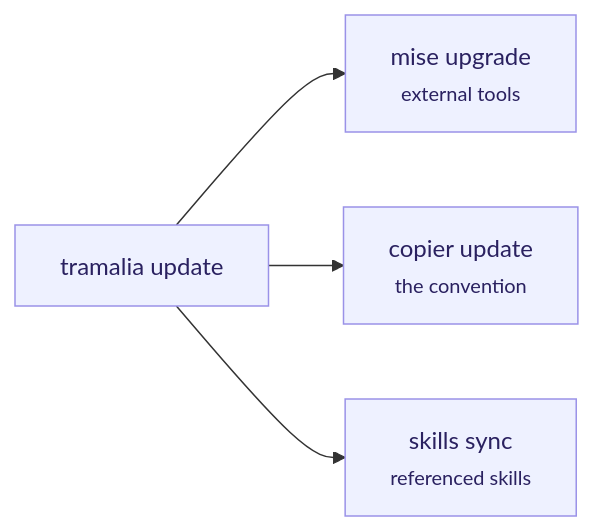
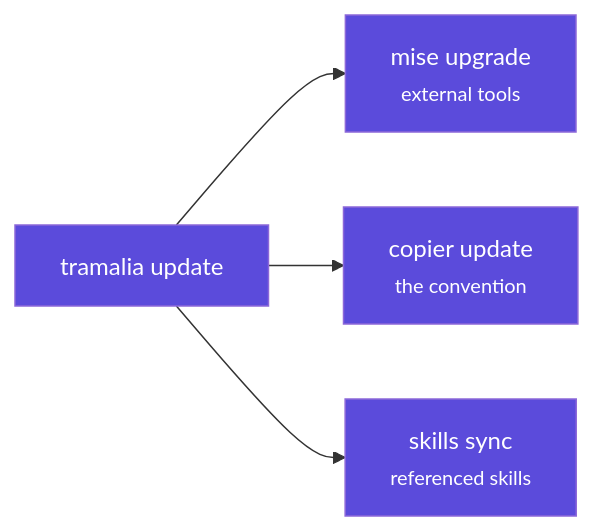
The second of 3 diagrams in docs/arquitectura.en.md (MscottB/tramalia), drawn with Mermaid before and after one commit. The commit also changed other lines of this file and 32 other files, not shown here.

First line of the commit message:
feat: v0.33.0 — portada carta de presentación + diagramas dark-mode + aclaración de Cierre

````diff
--- a/docs/arquitectura.en.md
+++ b/docs/arquitectura.en.md
@@ -70,7 +70,7 @@
 ```mermaid
 flowchart LR
-    classDef step fill:#eef1ff,stroke:#9a92e8,color:#2a2160;
+    classDef step fill:#5b4bdb,stroke:#8c68d9,color:#ffffff;
     U["tramalia update"]:::step --> A["mise upgrade<br/><small>external tools</small>"]:::step
     U --> B["copier update<br/><small>the convention</small>"]:::step
     U --> C["skills sync<br/><small>referenced skills</small>"]:::step
 ```
````
